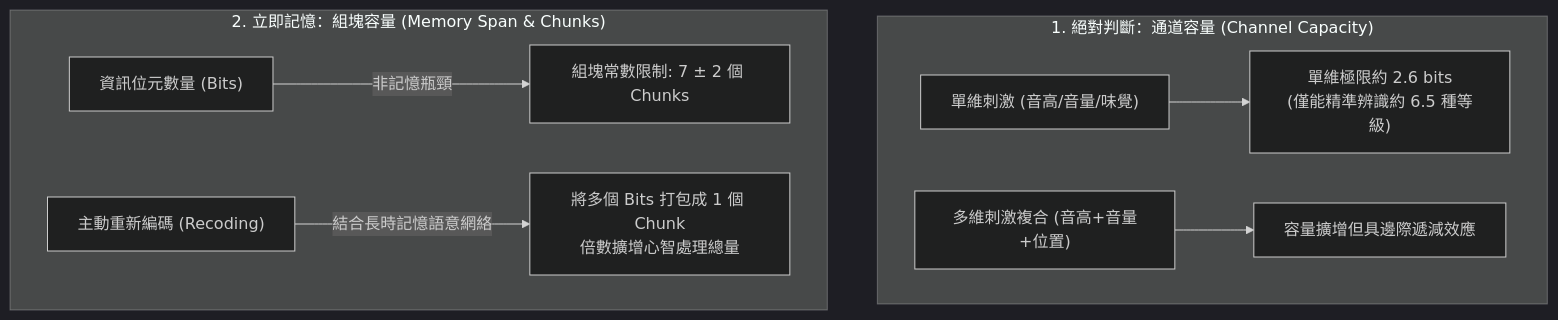
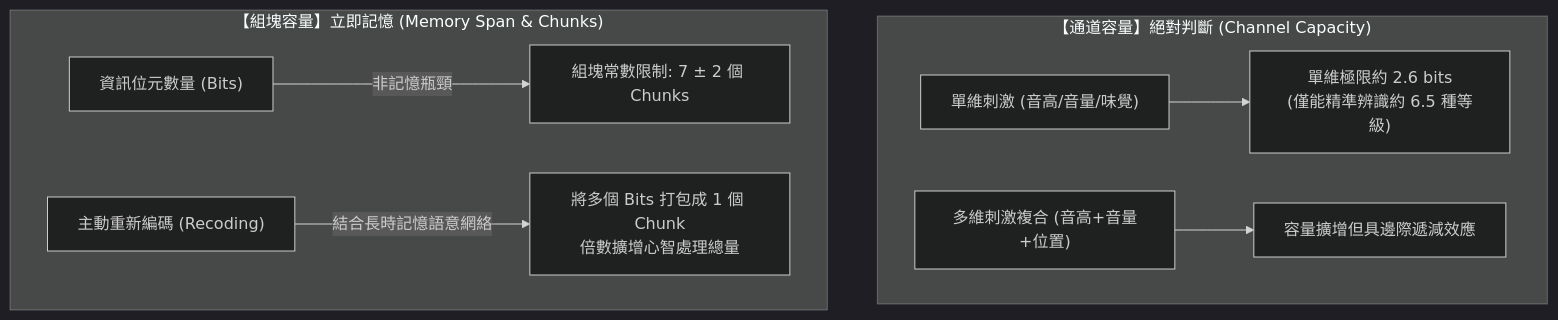
One commit to sasa0905/10 changed the diagram in wiki/sources/miller-1956-magical-number-seven.md. Above: the diagram before and after it, drawn with Mermaid (dark theme). The commit also changed other lines of this file and 40 other files, not shown here.

````diff
--- a/wiki/sources/miller-1956-magical-number-seven.md
+++ b/wiki/sources/miller-1956-magical-number-seven.md
@@ -40,12 +40,12 @@
 ```mermaid
 graph TD
-    subgraph S1 ["1. 絕對判斷：通道容量 (Channel Capacity)"]
+    subgraph S1 ["【通道容量】絕對判斷 (Channel Capacity)"]
         IN1["單維刺激 (音高/音量/味覺)"] --> CAP1["單維極限約 2.6 bits<br>(僅能精準辨識約 6.5 種等級)"]
         IN_MULTI["多維刺激複合 (音高+音量+位置)"] --> CAP_MULTI["容量擴增但具邊際遞減效應"]
     end
 
-    subgraph S2 ["2. 立即記憶：組塊容量 (Memory Span & Chunks)"]
+    subgraph S2 ["【組塊容量】立即記憶 (Memory Span & Chunks)"]
         BITS["資訊位元數量 (Bits)"] -->|非記憶瓶頸| CHUNKS["組塊常數限制: 7 ± 2 個 Chunks"]
         RECODE["主動重新編碼 (Recoding)"] -->|結合長時記憶語意網絡| COMBO["將多個 Bits 打包成 1 個 Chunk<br>倍數擴增心智處理總量"]
     end
 ```
````
